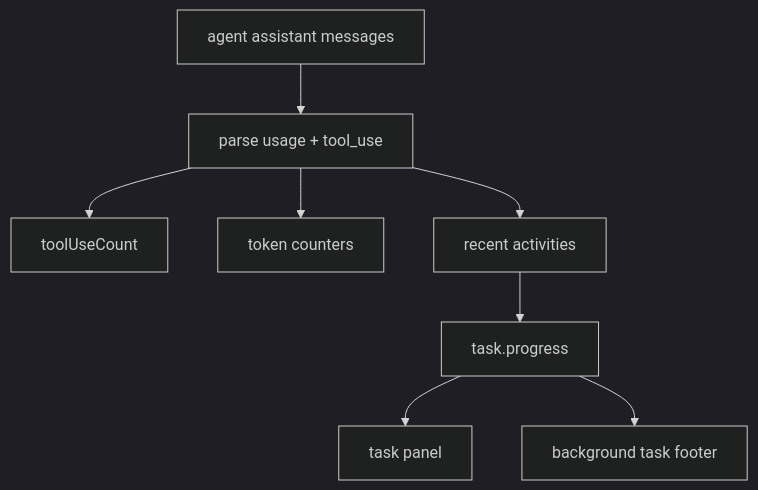
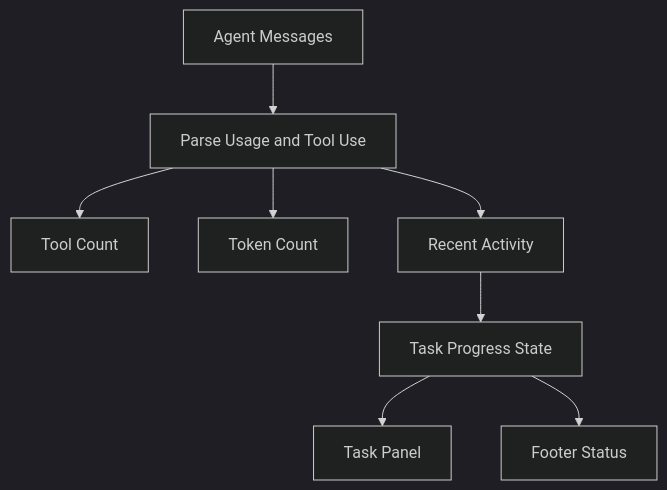
Diagram 32 of 44 in docs/00-architecture-all-in-one.md (AICCer1/claude-code-build-architecture-deep-dive), drawn with Mermaid (dark theme) before and after one commit. The commit also changed other lines of this file, not shown here.

Commit message:
Simplify section 10 Mermaid diagrams for compatibility

````diff
--- a/docs/00-architecture-all-in-one.md
+++ b/docs/00-architecture-all-in-one.md
@@ -780,10 +779,10 @@
 ```mermaid
 flowchart TD
-    AssistantMessages[agent assistant messages] --> ProgressParse[parse usage + tool_use]
-    ProgressParse --> ToolCount[toolUseCount]
-    ProgressParse --> TokenCount[token counters]
-    ProgressParse --> Activities[recent activities]
-    Activities --> TaskState[task.progress]
-    TaskState --> Panel[task panel]
-    TaskState --> Footer[background task footer]
+    M[Agent Messages] --> P[Parse Usage and Tool Use]
+    P --> C[Tool Count]
+    P --> K[Token Count]
+    P --> A[Recent Activity]
+    A --> S[Task Progress State]
+    S --> N[Task Panel]
+    S --> F[Footer Status]
 ```
````
